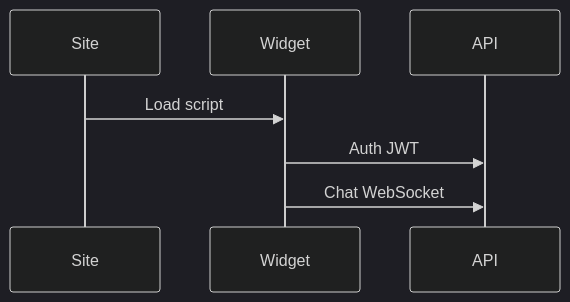
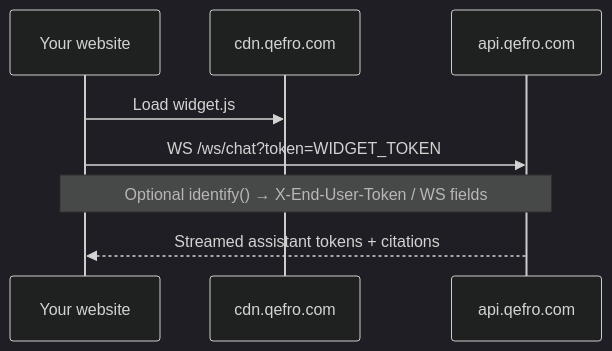
Before and after one commit to qefro-ai/qefro-documentation: the diagram in docs/platform/website-widget.mdx, drawn with Mermaid (dark theme). The commit also changed other lines of this file and 46 other files, not shown here.

````diff
--- a/docs/platform/website-widget.mdx
+++ b/docs/platform/website-widget.mdx
@@ -37,9 +51,10 @@
 ```mermaid
 sequenceDiagram
-  participant Site
-  participant Widget
-  participant API
-  Site->>Widget: Load script
-  Widget->>API: Auth JWT
-  Widget->>API: Chat WebSocket
+  participant Site as Your website
+  participant CDN as cdn.qefro.com
+  participant API as api.qefro.com
+  Site->>CDN: Load widget.js
+  Site->>API: WS /ws/chat?token=WIDGET_TOKEN
+  Note over Site,API: Optional identify() → X-End-User-Token / WS fields
+  API-->>Site: Streamed assistant tokens + citations
 ```
````
